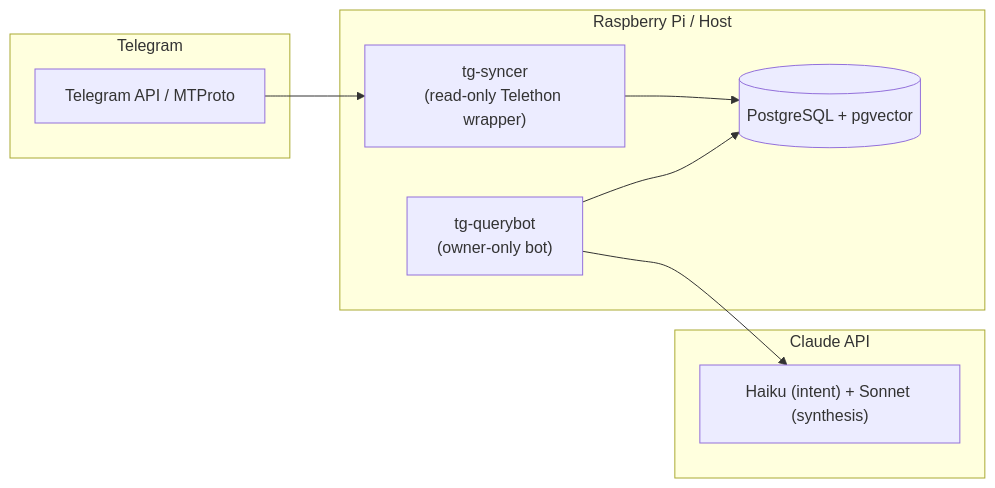
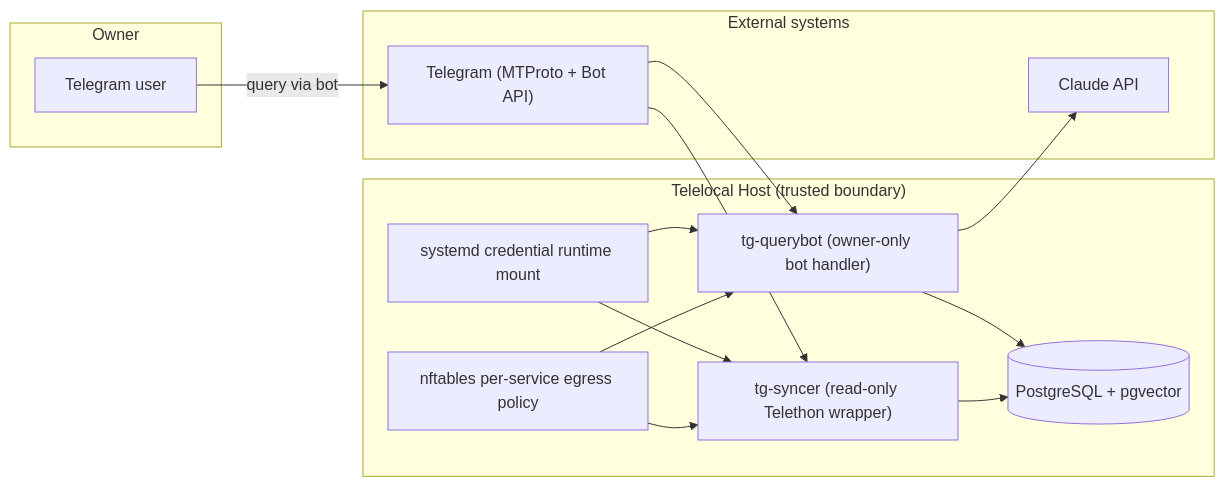
One commit to obheda12/telelocal changed the first of 3 diagrams in README.md. Above: the diagram before and after it, drawn with Mermaid. The commit also changed other lines of this file, not shown here.

Commit message:
Reorder README and use richer architecture diagram

````diff
--- a/README.md
+++ b/README.md
@@ -76,21 +53,30 @@
 ```mermaid
 flowchart LR
-    subgraph Telegram["Telegram"]
-        TG["Telegram API / MTProto"]
+    subgraph Owner["Owner"]
+        U["Telegram user"]
     end
 
-    subgraph Pi["Raspberry Pi / Host"]
-        S["tg-syncer<br/>(read-only Telethon wrapper)"]
+    subgraph Host["Telelocal Host (trusted boundary)"]
+        S["tg-syncer (read-only Telethon wrapper)"]
+        Q["tg-querybot (owner-only bot handler)"]
         DB[("PostgreSQL + pgvector")]
-        Q["tg-querybot<br/>(owner-only bot)"]
+        CRED["systemd credential runtime mount"]
+        NFT["nftables per-service egress policy"]
     end
 
-    subgraph Cloud["Claude API"]
-        C["Haiku (intent) + Sonnet (synthesis)"]
+    subgraph External["External systems"]
+        TG["Telegram (MTProto + Bot API)"]
+        CL["Claude API"]
     end
 
+    U -->|"query via bot"| TG
+    TG --> Q
+    Q --> DB
+    Q --> CL
     TG --> S
     S --> DB
-    Q --> DB
-    Q --> C
+    CRED --> S
+    CRED --> Q
+    NFT --> S
+    NFT --> Q
 ```
````
